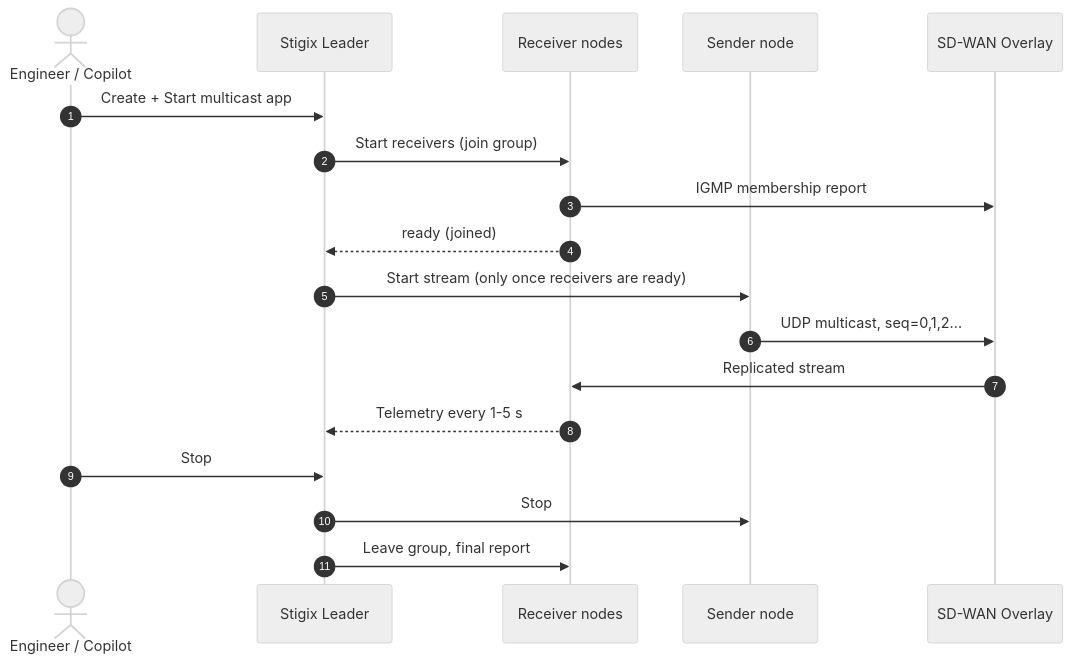
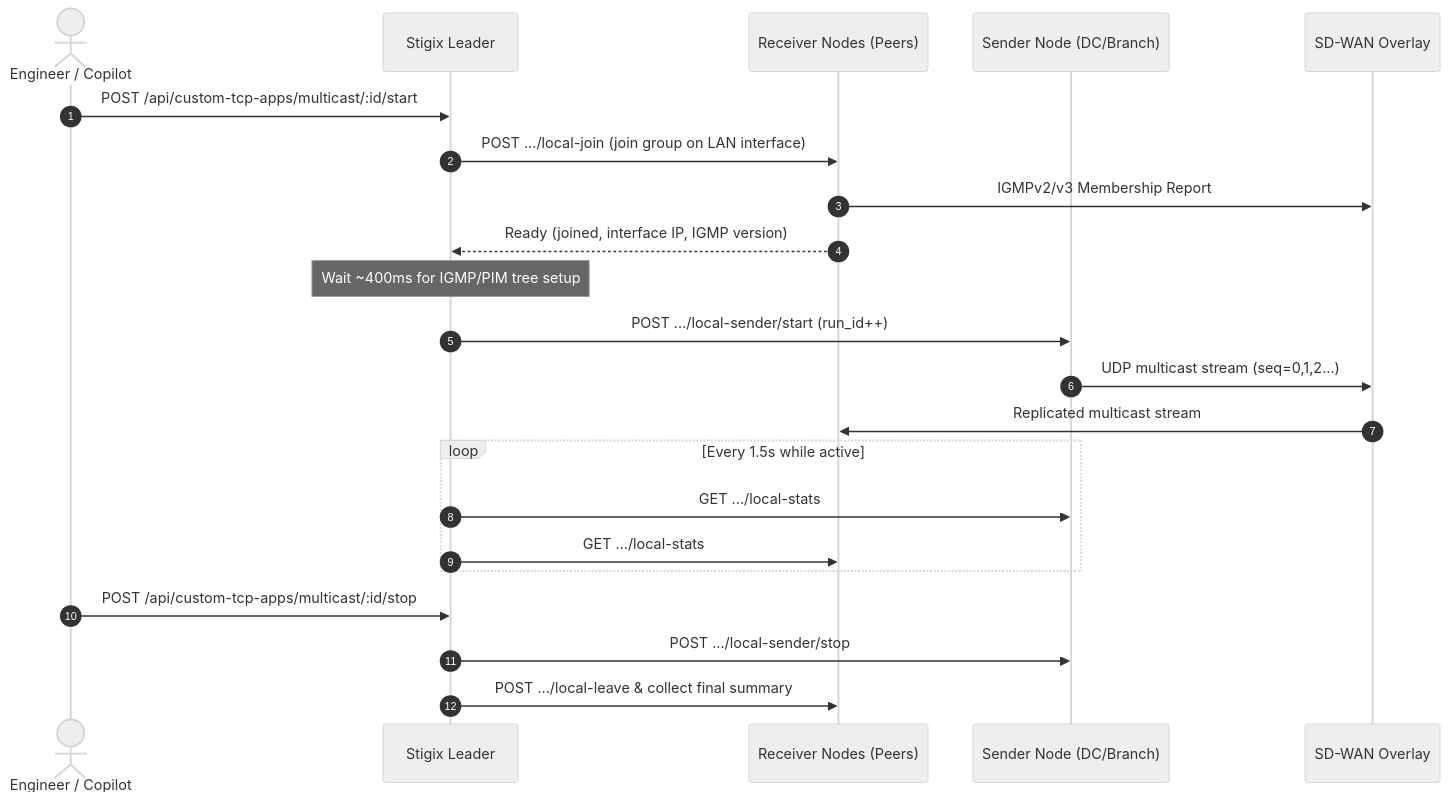
One commit to jsuzanne/stigix changed the second of 2 diagrams in docs/PRD_MULTICAST_SDWAN_OVERLAY.md. Above: the diagram before and after it, drawn with Mermaid (neutral theme). The commit also changed other lines of this file and 17 other files, not shown here.

Commit message:
v3.0.15: feat(multicast): implement SD-WAN Overlay Multicast Validation Engine (ASM/SSM IGMPv2/v3)

````diff
--- a/docs/PRD_MULTICAST_SDWAN_OVERLAY.md
+++ b/docs/PRD_MULTICAST_SDWAN_OVERLAY.md
@@ -140,21 +138,25 @@
 ```mermaid
 sequenceDiagram
     autonumber
     actor User as Engineer / Copilot
     participant Leader as Stigix Leader
-    participant Recv as Receiver nodes
-    participant Send as Sender node
+    participant Recv as Receiver Nodes (Peers)
+    participant Send as Sender Node (DC/Branch)
     participant Net as SD-WAN Overlay
 
-    User->>Leader: Create + Start multicast app
-    Leader->>Recv: Start receivers (join group)
-    Recv->>Net: IGMP membership report
-    Recv-->>Leader: ready (joined)
-    Leader->>Send: Start stream (only once receivers are ready)
-    Send->>Net: UDP multicast, seq=0,1,2...
-    Net->>Recv: Replicated stream
-    Recv-->>Leader: Telemetry every 1-5 s
-    User->>Leader: Stop
-    Leader->>Send: Stop
-    Leader->>Recv: Leave group, final report
+    User->>Leader: POST /api/custom-tcp-apps/multicast/:id/start
+    Leader->>Recv: POST .../local-join (join group on LAN interface)
+    Recv->>Net: IGMPv2/v3 Membership Report
+    Recv-->>Leader: Ready (joined, interface IP, IGMP version)
+    Note over Leader: Wait ~400ms for IGMP/PIM tree setup
+    Leader->>Send: POST .../local-sender/start (run_id++)
+    Send->>Net: UDP multicast stream (seq=0,1,2...)
+    Net->>Recv: Replicated multicast stream
+    loop Every 1.5s while active
+        Leader->>Send: GET .../local-stats
+        Leader->>Recv: GET .../local-stats
+    end
+    User->>Leader: POST /api/custom-tcp-apps/multicast/:id/stop
+    Leader->>Send: POST .../local-sender/stop
+    Leader->>Recv: POST .../local-leave & collect final summary
 ```
````
